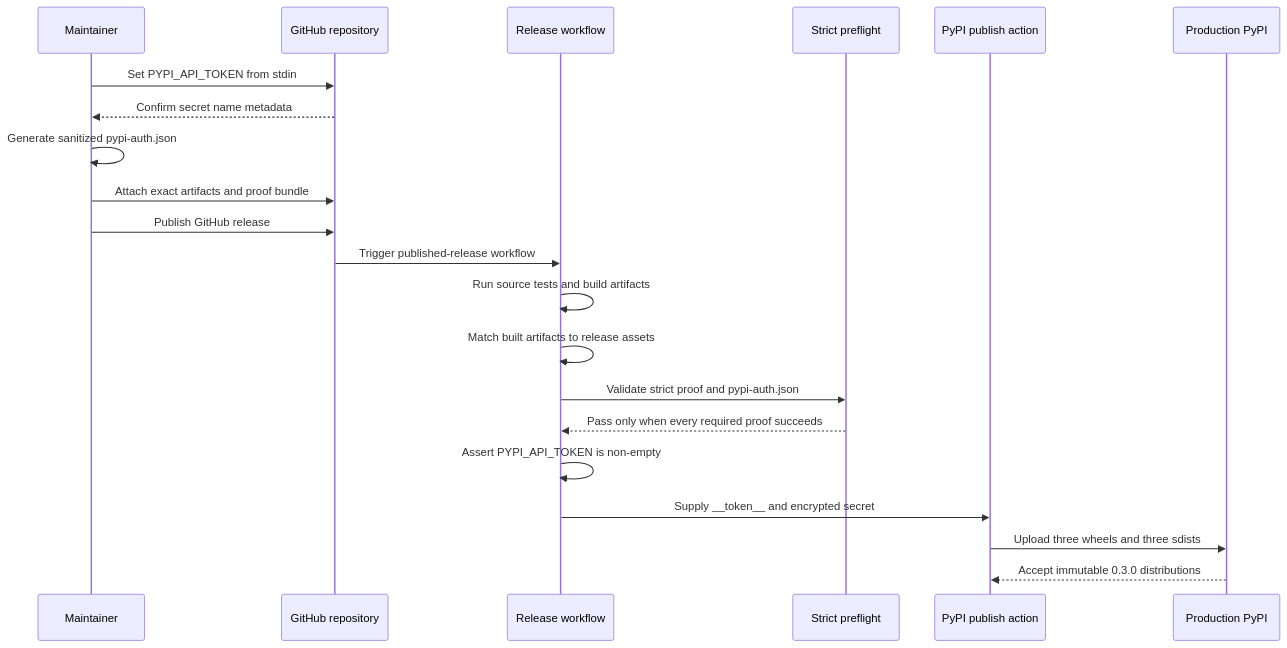
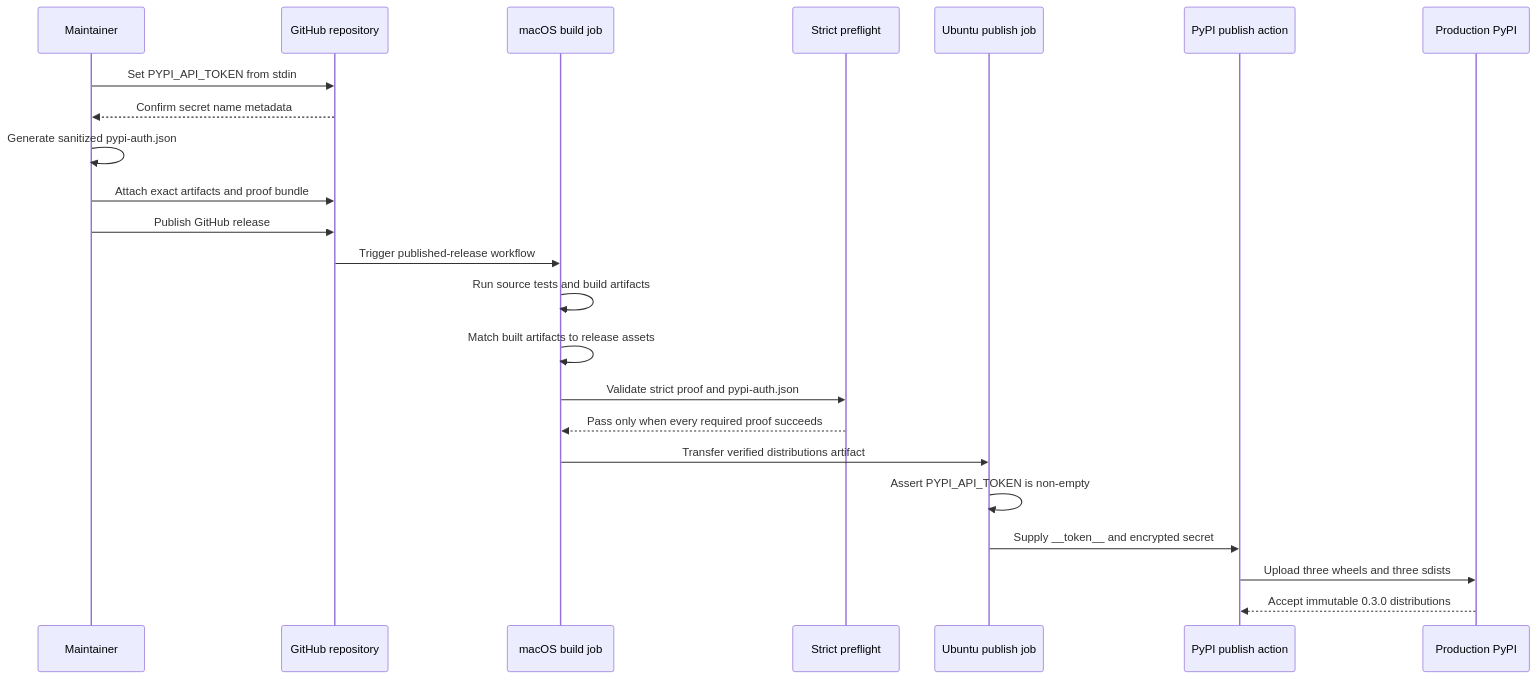
Before and after one commit to zhanghao1903/macos-computer-use: the second of 2 diagrams in docs/feature/pypi-token-publishing/design.md, drawn with Mermaid. The commit also changed other lines of this file and 10 other files, not shown here.

Commit message:
Separate macOS build from PyPI publishing

````diff
--- a/docs/feature/pypi-token-publishing/design.md
+++ b/docs/feature/pypi-token-publishing/design.md
@@ -181,24 +188,26 @@
 ```mermaid
 sequenceDiagram
     participant M as Maintainer
     participant GH as GitHub repository
-    participant R as Release workflow
+    participant B as macOS build job
     participant P as Strict preflight
+    participant U as Ubuntu publish job
     participant A as PyPI publish action
     participant PY as Production PyPI
 
     M->>GH: Set PYPI_API_TOKEN from stdin
     GH-->>M: Confirm secret name metadata
     M->>M: Generate sanitized pypi-auth.json
     M->>GH: Attach exact artifacts and proof bundle
     M->>GH: Publish GitHub release
-    GH->>R: Trigger published-release workflow
-    R->>R: Run source tests and build artifacts
-    R->>R: Match built artifacts to release assets
-    R->>P: Validate strict proof and pypi-auth.json
-    P-->>R: Pass only when every required proof succeeds
-    R->>R: Assert PYPI_API_TOKEN is non-empty
-    R->>A: Supply __token__ and encrypted secret
+    GH->>B: Trigger published-release workflow
+    B->>B: Run source tests and build artifacts
+    B->>B: Match built artifacts to release assets
+    B->>P: Validate strict proof and pypi-auth.json
+    P-->>B: Pass only when every required proof succeeds
+    B->>U: Transfer verified distributions artifact
+    U->>U: Assert PYPI_API_TOKEN is non-empty
+    U->>A: Supply __token__ and encrypted secret
     A->>PY: Upload three wheels and three sdists
     PY-->>A: Accept immutable 0.3.0 distributions
 ```
````
